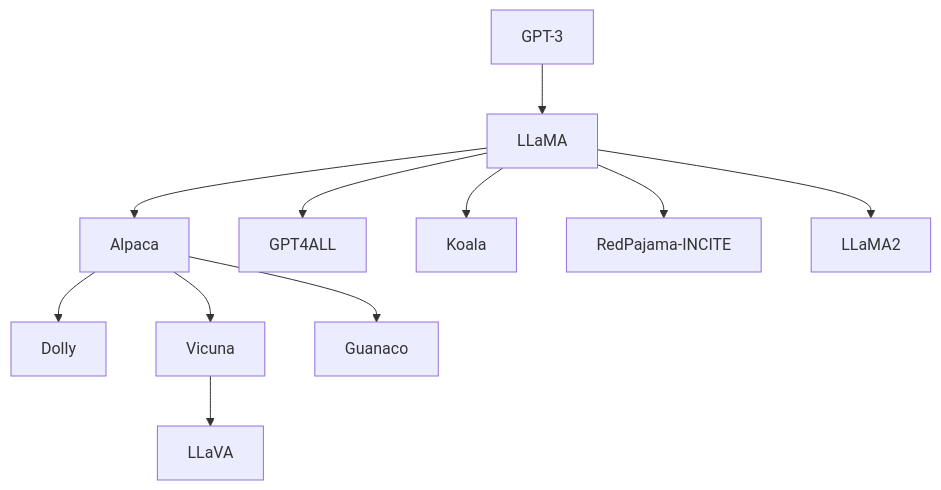
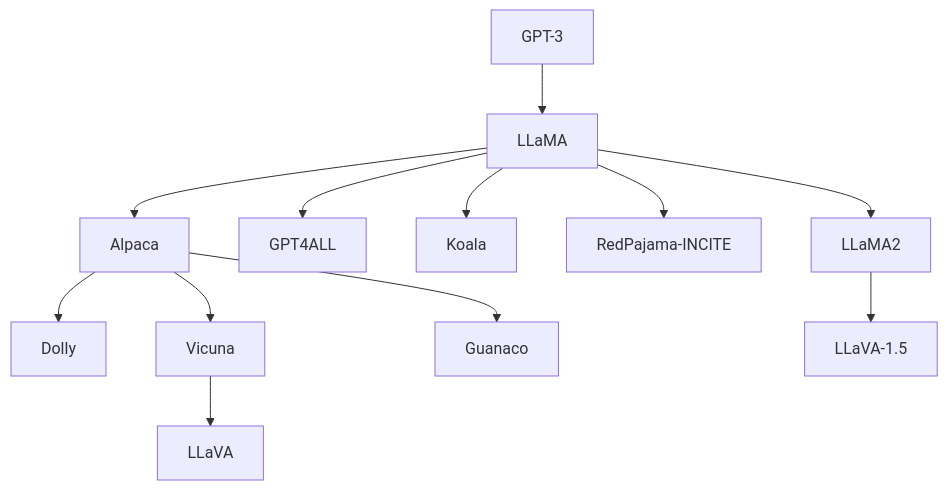
One commit to ted-sharp/chatvox changed diagram 18 of 23 in doc/llm.md. Above: the diagram before and after it, drawn with Mermaid. The commit also changed other lines of this file, not shown here.

````diff
--- a/doc/llm.md
+++ b/doc/llm.md
@@ -833,13 +834,13 @@
 ```mermaid
 flowchart
 
 GPT-3 --> LLaMA --> Alpaca --> Dolly
 Alpaca --> Vicuna
 LLaMA --> GPT4ALL
 LLaMA --> Koala
 LLaMA --> RedPajama-INCITE
 Vicuna --> LLaVA
 Alpaca --> Guanaco
-LLaMA --> LLaMA2
+LLaMA --> LLaMA2 --> LLaVA-1.5
 
 ```
````
